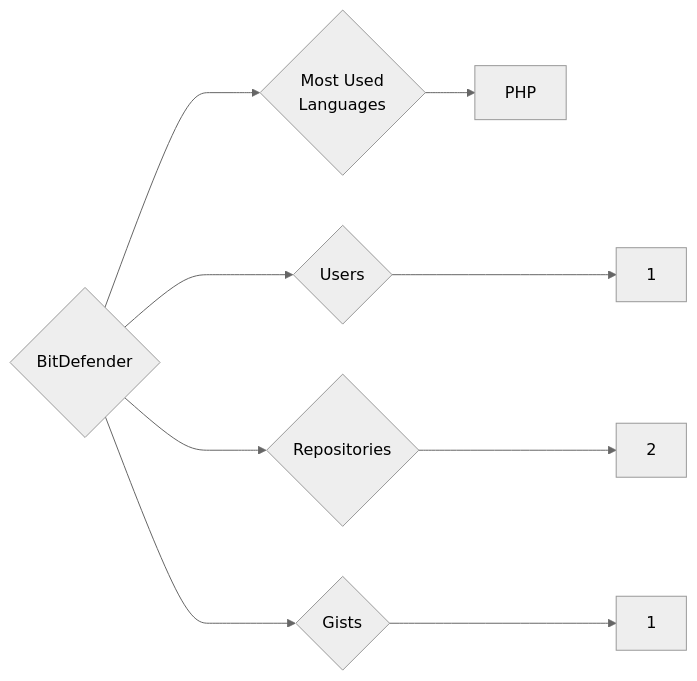
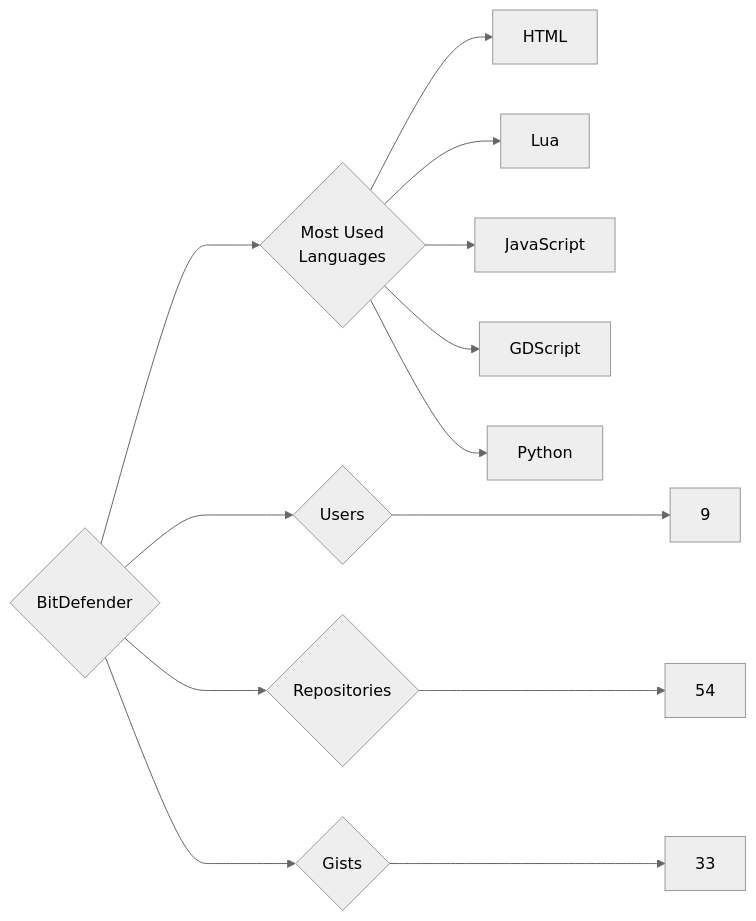
Before and after one commit to trickest/insiders: the diagram in targets/BitDefender/README.md, drawn with Mermaid (neutral theme). The commit also changed 874 other files, not shown here.

````diff
--- a/targets/BitDefender/README.md
+++ b/targets/BitDefender/README.md
@@ -3,9 +3,13 @@
 ```mermaid
 graph LR
 COMPANY_NAME{BitDefender}
-COMPANY_NAME ---> U{Users} ---> UN[1]
-COMPANY_NAME ---> R{Repositories} ---> RN[2]
-COMPANY_NAME ---> G{Gists} ---> GN[1]
+COMPANY_NAME ---> U{Users} ---> UN[9]
+COMPANY_NAME ---> R{Repositories} ---> RN[54]
+COMPANY_NAME ---> G{Gists} ---> GN[33]
 COMPANY_NAME ---> ML{Most Used<br>Languages}
-ML --> PHP[PHP]
+ML --> HTML[HTML]
+ML --> Lua[Lua]
+ML --> JavaScript[JavaScript]
+ML --> GDScript[GDScript]
+ML --> Python[Python]
 ```
````
